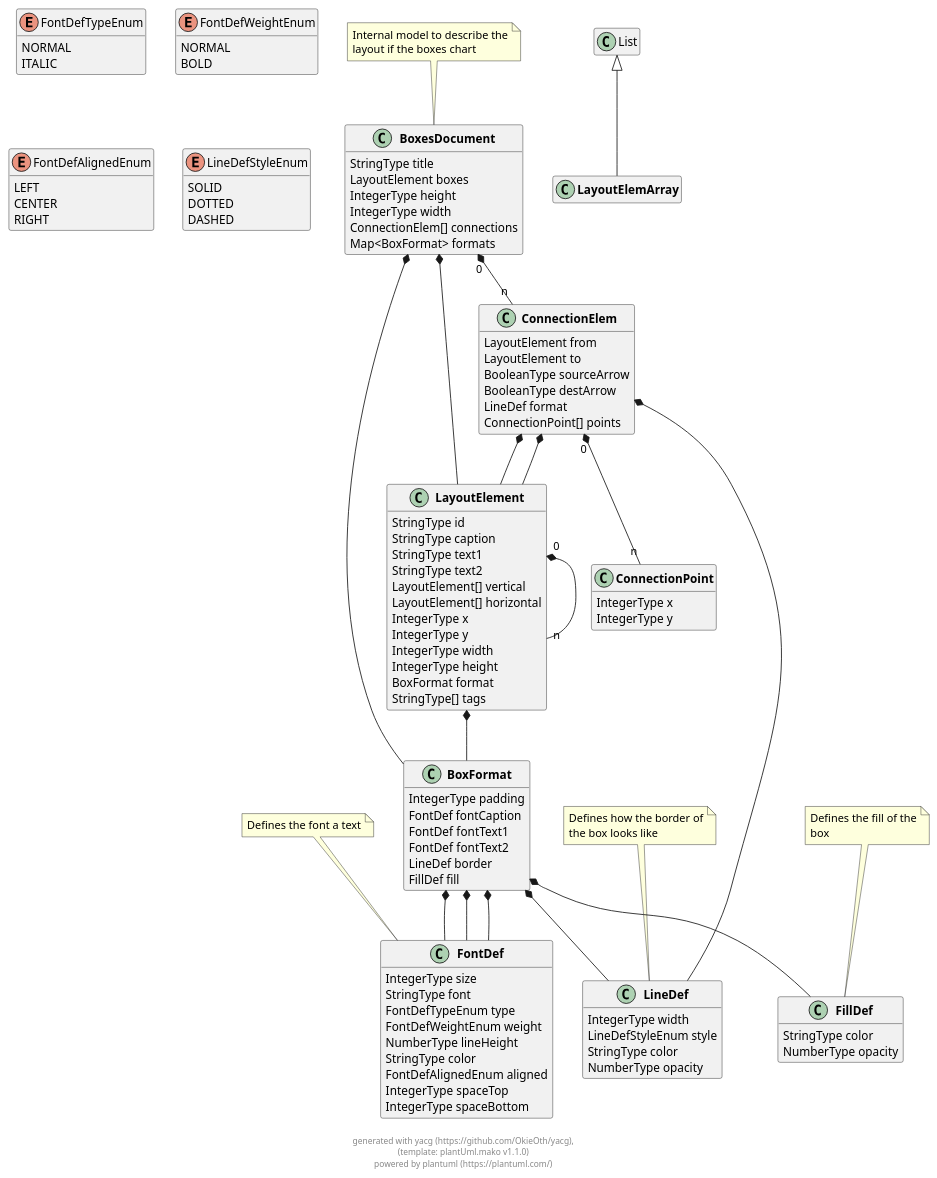
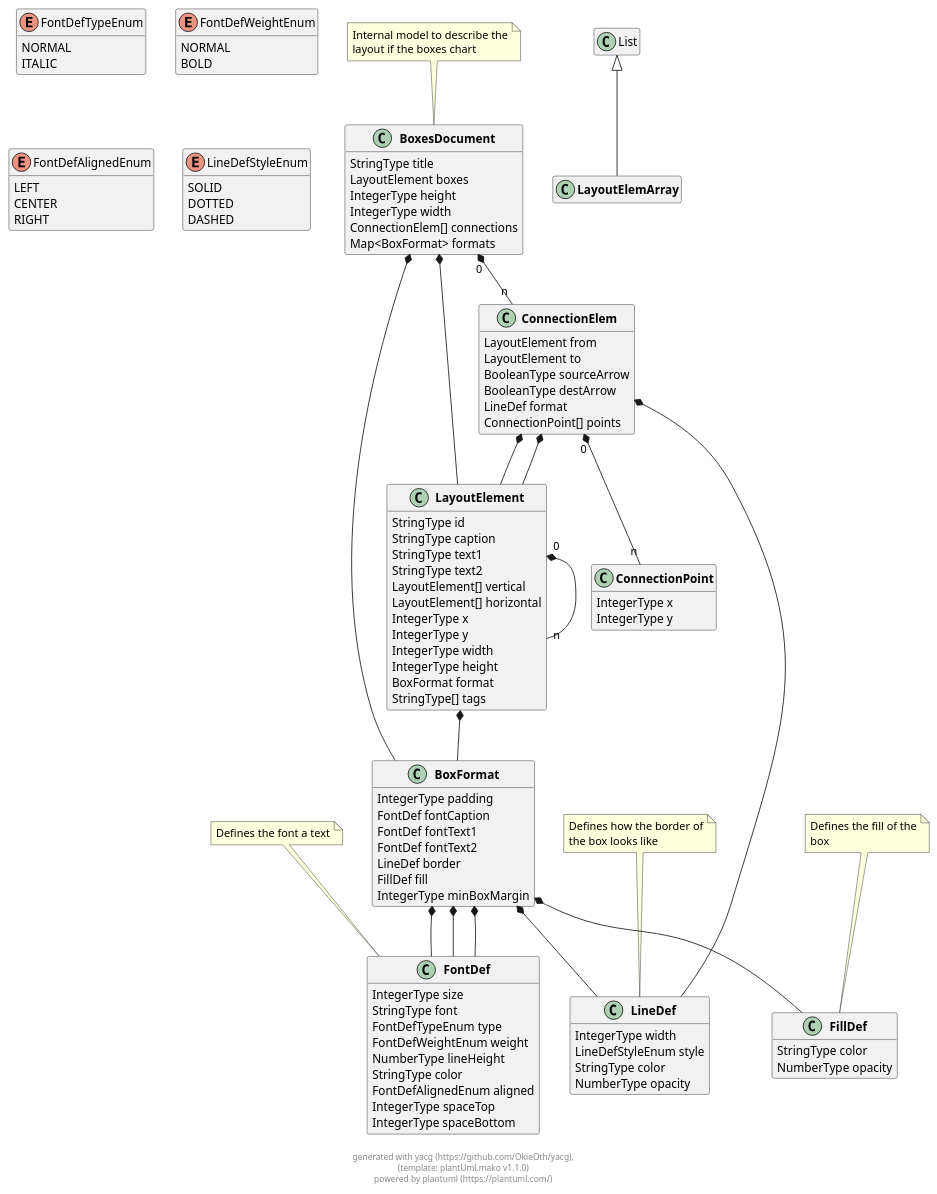
Before and after one commit to OkieOth/draw.chart.things: the diagram in docs/models/puml/boxes_document.puml, drawn with PlantUML. The commit also changed 5 other files, not shown here.

```diff
--- a/docs/models/puml/boxes_document.puml
+++ b/docs/models/puml/boxes_document.puml
@@ -52,6 +52,7 @@
         FontDef fontText2
         LineDef border
         FillDef fill
+        IntegerType minBoxMargin
 }
 
  
@@ -171,6 +172,7 @@
 
 BoxFormat  *--  FillDef
 
+
     
     
 
```
